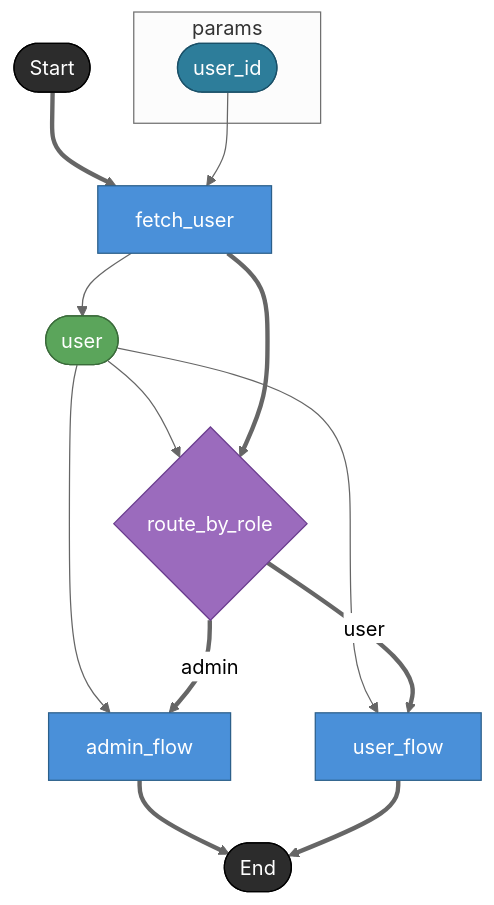
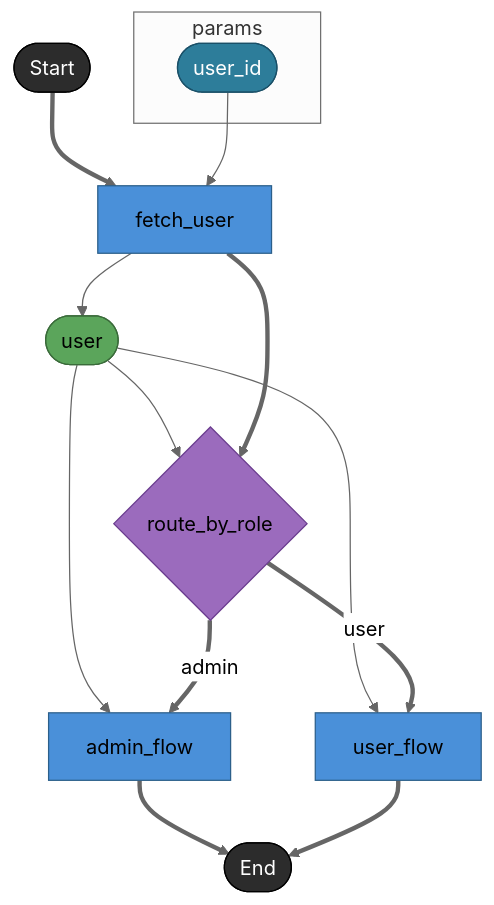
One commit to hiroshiasayadev-prog/brewprint changed the sixth of 6 diagrams in docs/spec/views/dag.md. Above: the diagram before and after it, drawn with Mermaid (neutral theme). The commit also changed other lines of this file and 1 other file, not shown here.

````diff
--- a/docs/spec/views/dag.md
+++ b/docs/spec/views/dag.md
@@ -738,29 +875,29 @@
 ```mermaid
 flowchart TD
   subgraph params
     user_id([user_id])
   end
 
   _start([Start]) ==> fetch_user
   user_id --> fetch_user[fetch_user]
   fetch_user --> user([user])
   user --> route_by_role{route_by_role}
   fetch_user ==> route_by_role
   user --> admin_flow[admin_flow]
   user --> user_flow[user_flow]
   route_by_role == "admin" ==> admin_flow
   route_by_role == "user" ==> user_flow
   admin_flow ==> _end([End])
   user_flow ==> _end
 
-  classDef taskNode     fill:#4A90D9,stroke:#2C5F8A,color:#fff
-  classDef assetNode    fill:#5BA55B,stroke:#3A6B3A,color:#fff
-  classDef branchNode   fill:#9B6BBD,stroke:#6B3D8F,color:#fff
-  classDef terminalNode fill:#2C2C2C,stroke:#000,color:#fff
-  classDef boundaryNode fill:#2D7D9A,stroke:#1A5068,color:#fff
+  classDef taskNode      fill:#4A90D9,stroke:#2C5F8A,color:#000
+  classDef assetNode     fill:#5BA55B,stroke:#3A6B3A,color:#000
+  classDef branchNode    fill:#9B6BBD,stroke:#6B3D8F,color:#000
+  classDef terminalNode  fill:#2C2C2C,stroke:#000,color:#fff
+  classDef boundaryNode  fill:#2D7D9A,stroke:#1A5068,color:#fff
   class fetch_user,admin_flow,user_flow taskNode
   class user assetNode
   class route_by_role branchNode
   class _start,_end terminalNode
   class user_id boundaryNode
 ```
````
